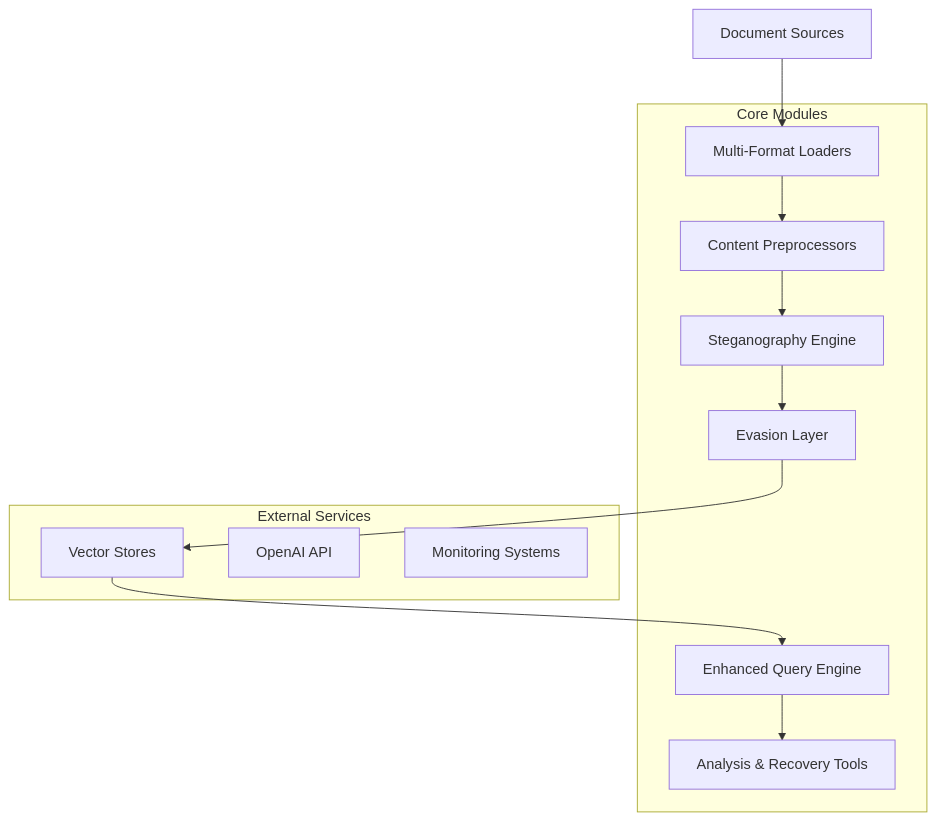
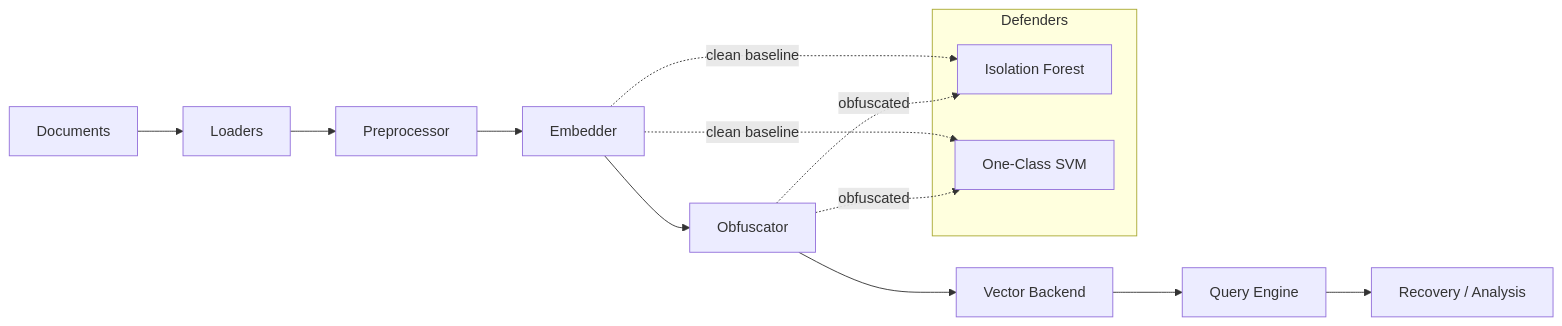
Before and after one commit to jaschadub/VectorSmuggle: the diagram in README.md, drawn with Mermaid. The commit also changed other lines of this file and 42 other files, not shown here.

````diff
--- a/README.md
+++ b/README.md
@@ -32,25 +32,19 @@
 ```mermaid
-graph TB
-    A[Document Sources] --> B[Multi-Format Loaders]
-    B --> C[Content Preprocessors]
-    C --> D[Steganography Engine]
-    D --> E[Evasion Layer]
-    E --> F[Vector Stores]
-    F --> G[Enhanced Query Engine]
-    G --> H[Analysis & Recovery Tools]
+graph LR
+    A[Documents] --> B[Loaders]
+    B --> C[Preprocessor]
+    C --> D[Embedder]
+    D --> E[Obfuscator]
+    E --> F[Vector Backend]
+    F --> G[Query Engine]
+    G --> H[Recovery / Analysis]
 
-    subgraph "Core Modules"
-        B
-        C
-        D
-        E
-        G
-        H
+    subgraph defenders [Defenders]
+        I[Isolation Forest]
+        J[One-Class SVM]
     end
-
-    subgraph "External Services"
-        F
-        I[OpenAI API]
-        J[Monitoring Systems]
-    end
+    D -.->|clean baseline| I
+    D -.->|clean baseline| J
+    E -.->|obfuscated| I
+    E -.->|obfuscated| J
 ```
````
